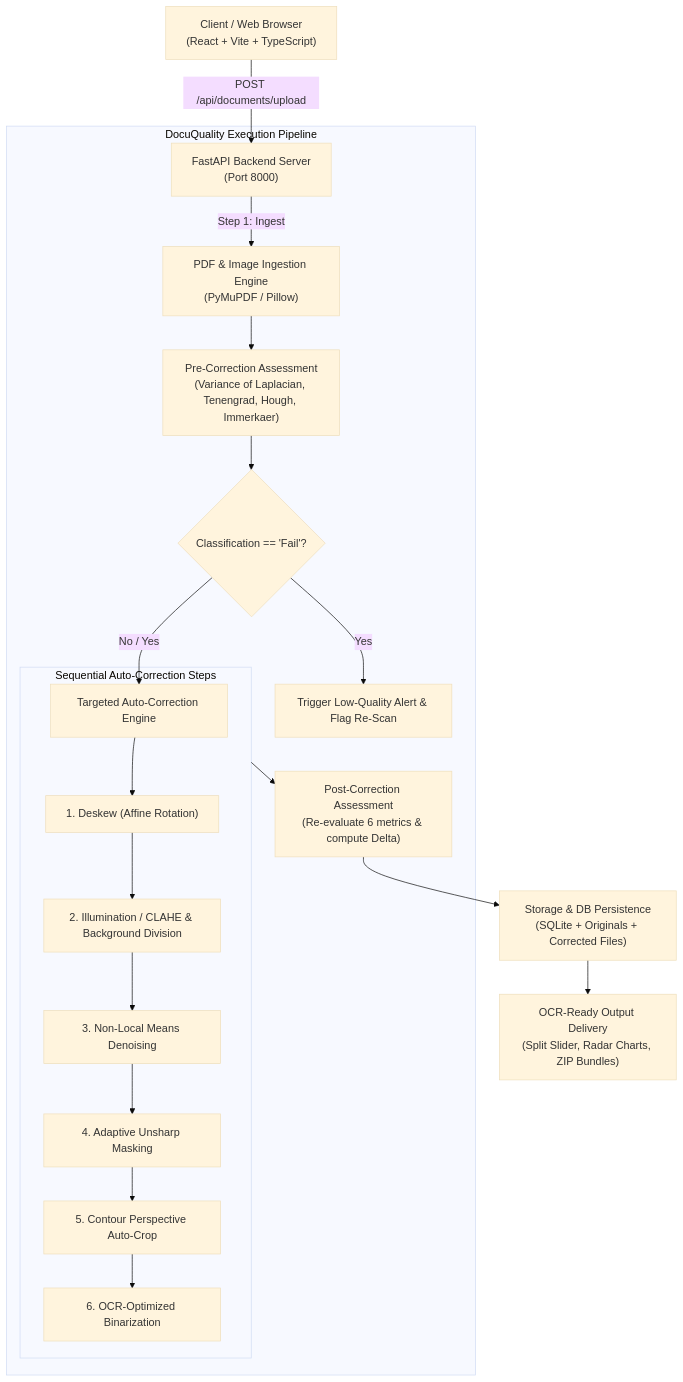
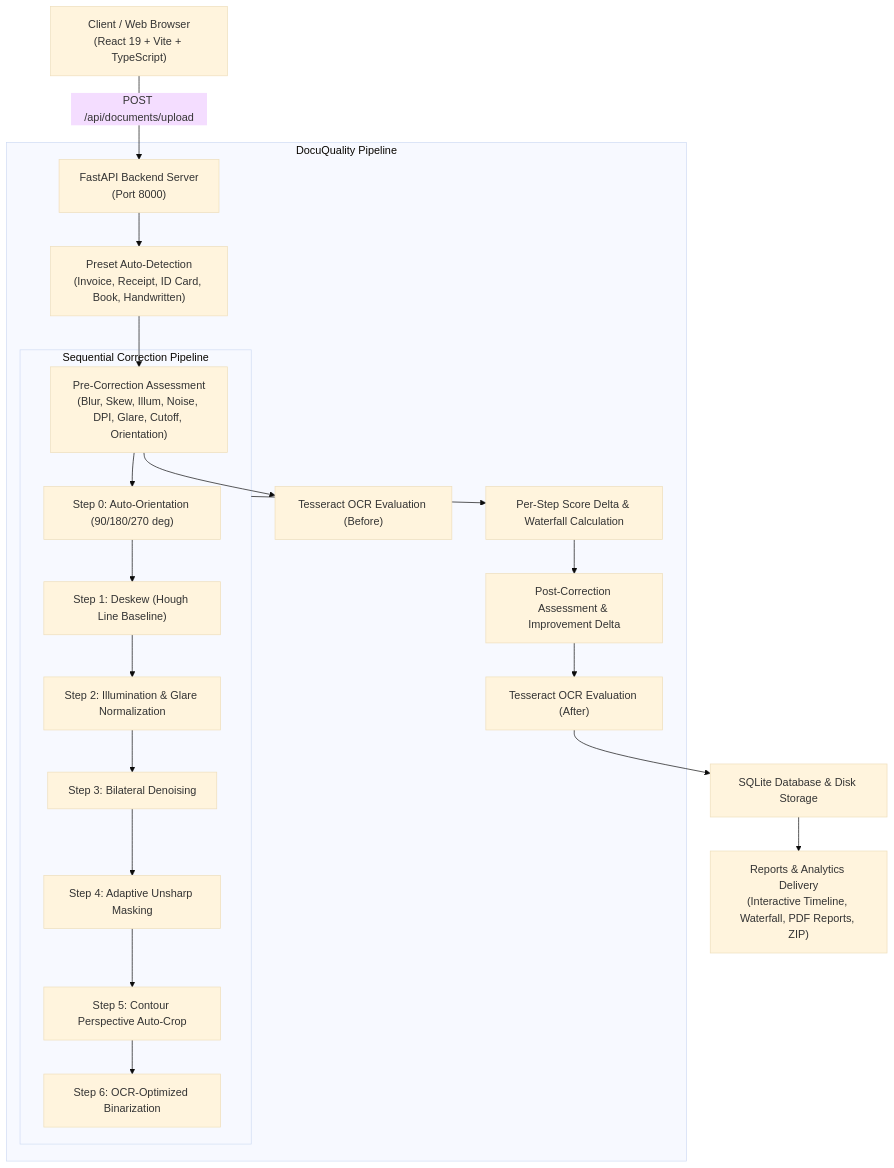
One commit to NithyaShreeGanesan/Document-Image-Quality-Assessment-and-Auto-Correction-System changed the diagram in README.md. Above: the diagram before and after it, drawn with Mermaid (base theme). The commit also changed other lines of this file, not shown here.

Commit message:
docs: update README with all 6 features, architecture diagram, OCR setup guide, test suite, and API reference

````diff
--- a/README.md
+++ b/README.md
@@ -18,26 +73,27 @@
 ```mermaid
 flowchart TD
-    Client["Client / Web Browser\n(React + Vite + TypeScript)"] -->|POST /api/documents/upload| API["FastAPI Backend Server\n(Port 8000)"]
+    Client["Client / Web Browser\n(React 19 + Vite + TypeScript)"] -->|POST /api/documents/upload| API["FastAPI Backend Server\n(Port 8000)"]
     
-    subgraph Pipeline ["DocuQuality Execution Pipeline"]
-        API -->|Step 1: Ingest| Splitter["PDF & Image Ingestion Engine\n(PyMuPDF / Pillow)"]
-        Splitter --> Assess1["Pre-Correction Assessment\n(Variance of Laplacian, Tenengrad, Hough, Immerkaer)"]
-        Assess1 --> AlertCheck{"Classification == 'Fail'?"}
-        AlertCheck -->|Yes| AlertQueue["Trigger Low-Quality Alert & Flag Re-Scan"]
-        AlertCheck -->|No / Yes| AutoCorrect["Targeted Auto-Correction Engine"]
+    subgraph Pipeline ["DocuQuality Pipeline"]
+        API --> PresetDetect["Preset Auto-Detection\n(Invoice, Receipt, ID Card, Book, Handwritten)"]
+        PresetDetect --> Assess1["Pre-Correction Assessment\n(Blur, Skew, Illum, Noise, DPI, Glare, Cutoff, Orientation)"]
+        Assess1 --> OCRBefore["Tesseract OCR Evaluation (Before)"]
         
-        subgraph CorrectionOrder ["Sequential Auto-Correction Steps"]
-            AutoCorrect --> C1["1. Deskew (Affine Rotation)"]
-            C1 --> C2["2. Illumination / CLAHE & Background Division"]
-            C2 --> C3["3. Non-Local Means Denoising"]
-            C3 --> C4["4. Adaptive Unsharp Masking"]
-            C4 --> C5["5. Contour Perspective Auto-Crop"]
-            C5 --> C6["6. OCR-Optimized Binarization"]
+        subgraph SequentialCorrections ["Sequential Correction Pipeline"]
+            Assess1 --> C0["Step 0: Auto-Orientation (90/180/270 deg)"]
+            C0 --> C1["Step 1: Deskew (Hough Line Baseline)"]
+            C1 --> C2["Step 2: Illumination & Glare Normalization"]
+            C2 --> C3["Step 3: Bilateral Denoising"]
+            C3 --> C4["Step 4: Adaptive Unsharp Masking"]
+            C4 --> C5["Step 5: Contour Perspective Auto-Crop"]
+            C5 --> C6["Step 6: OCR-Optimized Binarization"]
         end
-
-        CorrectionOrder --> Assess2["Post-Correction Assessment\n(Re-evaluate 6 metrics & compute Delta)"]
+        
+        SequentialCorrections --> ScoreDelta["Per-Step Score Delta & Waterfall Calculation"]
+        ScoreDelta --> Assess2["Post-Correction Assessment & Improvement Delta"]
+        Assess2 --> OCRAfter["Tesseract OCR Evaluation (After)"]
     end
     
-    Assess2 --> Storage["Storage & DB Persistence\n(SQLite + Originals + Corrected Files)"]
-    Storage --> Delivery["OCR-Ready Output Delivery\n(Split Slider, Radar Charts, ZIP Bundles)"]
+    OCRAfter --> Storage["SQLite Database & Disk Storage"]
+    Storage --> Delivery["Reports & Analytics Delivery\n(Interactive Timeline, Waterfall, PDF Reports, ZIP)"]
 ```
````
